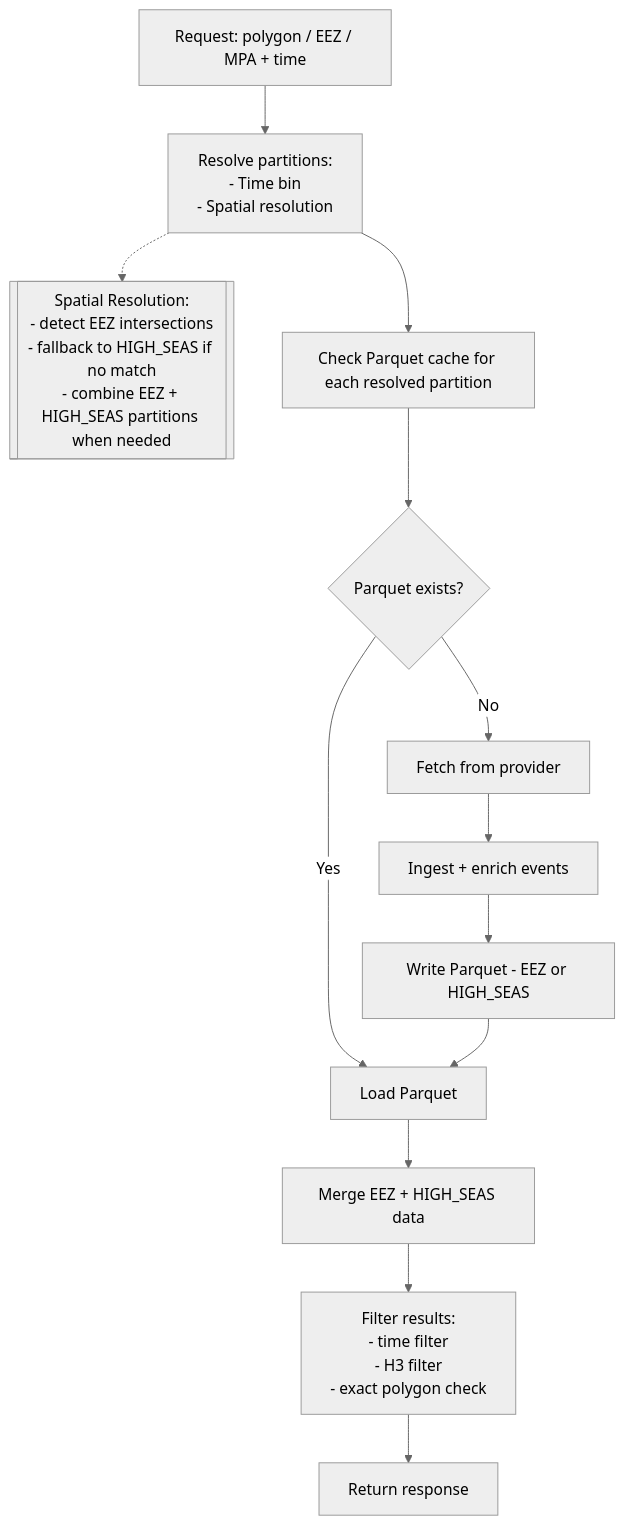
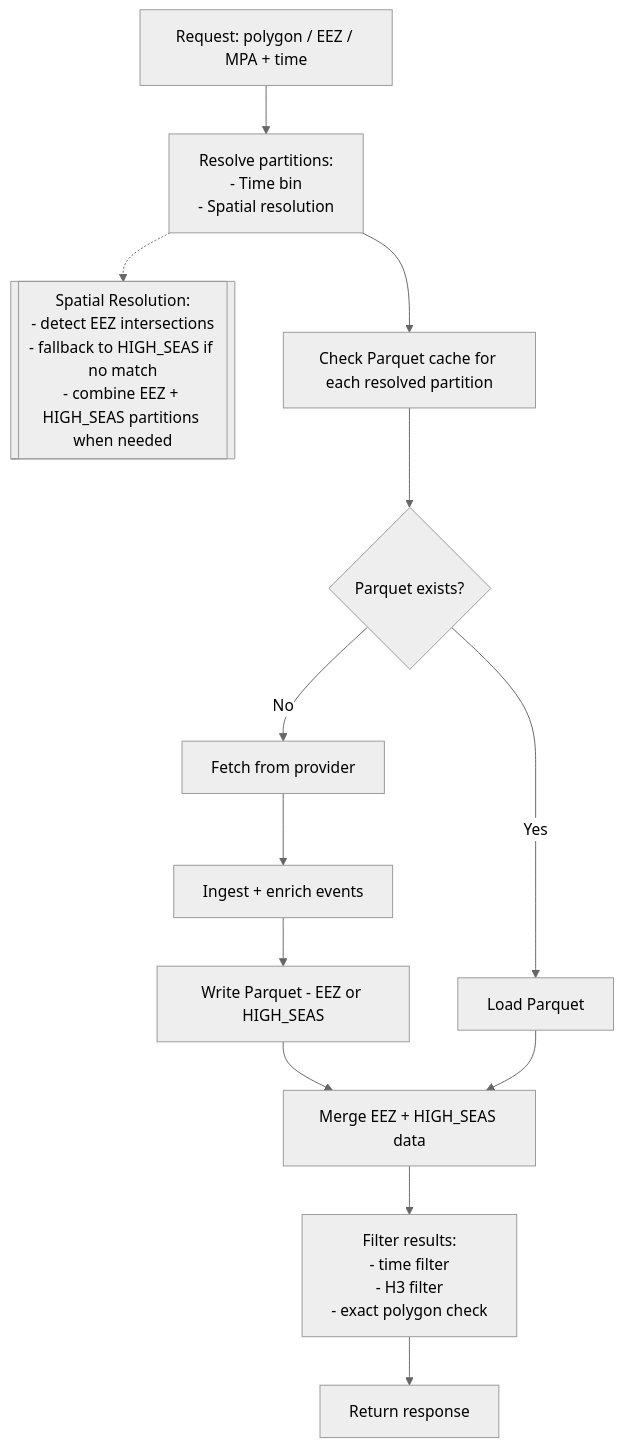
The diagram in docs/tech/serving-strategy.md (Alireza-epr/pharos), drawn with Mermaid (neutral theme) before and after one commit. The commit also changed other lines of this file, not shown here.

````diff
--- a/docs/tech/serving-strategy.md
+++ b/docs/tech/serving-strategy.md
@@ -161,23 +143,23 @@
 ```mermaid
 flowchart TD
     A[Request: polygon / EEZ / MPA + time] --> B[Resolve partitions:<br/>- Time bin<br/>- Spatial resolution]
 
     B -.-> B1[[Spatial Resolution:<br/>- detect EEZ intersections<br/>- fallback to HIGH_SEAS if no match<br/>- combine EEZ + HIGH_SEAS partitions when needed]]
 
     B --> C[Check Parquet cache for each resolved partition]
 
     C --> D{Parquet exists?}
 
     D -->|Yes| E[Load Parquet]
     D -->|No| F[Fetch from provider]
 
     F --> G[Ingest + enrich events]
     G --> H[Write Parquet - EEZ or HIGH_SEAS]
-    H --> E
+    H --> I
 
     E --> I[Merge EEZ + HIGH_SEAS data]
 
     I --> J[Filter results:<br/>- time filter<br/>- H3 filter<br/>- exact polygon check]
 
     J --> K[Return response]
 ```
````
